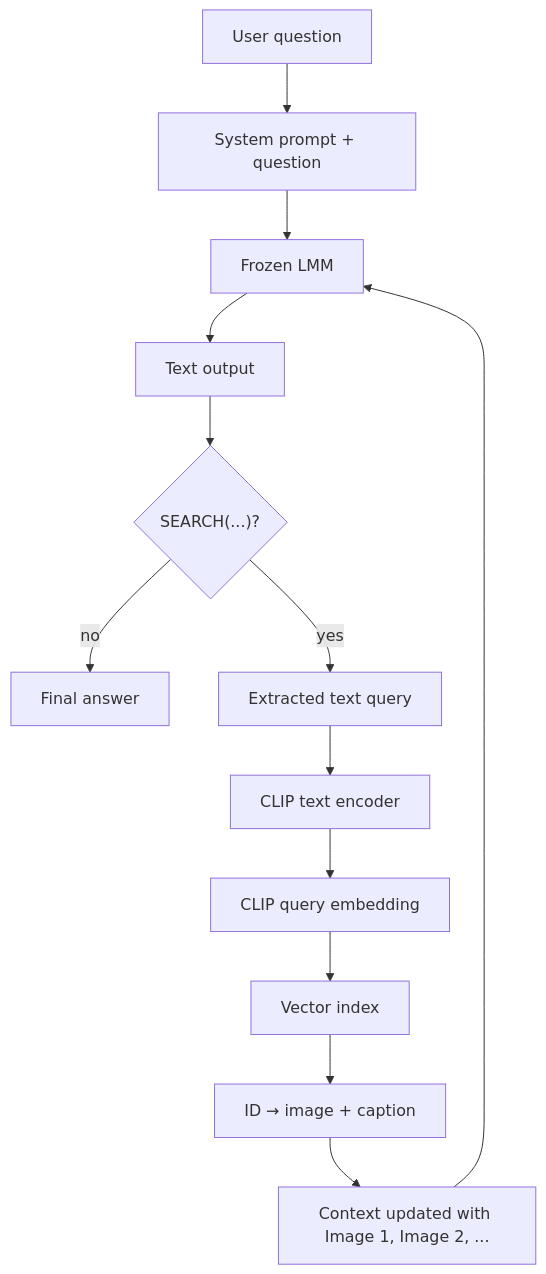
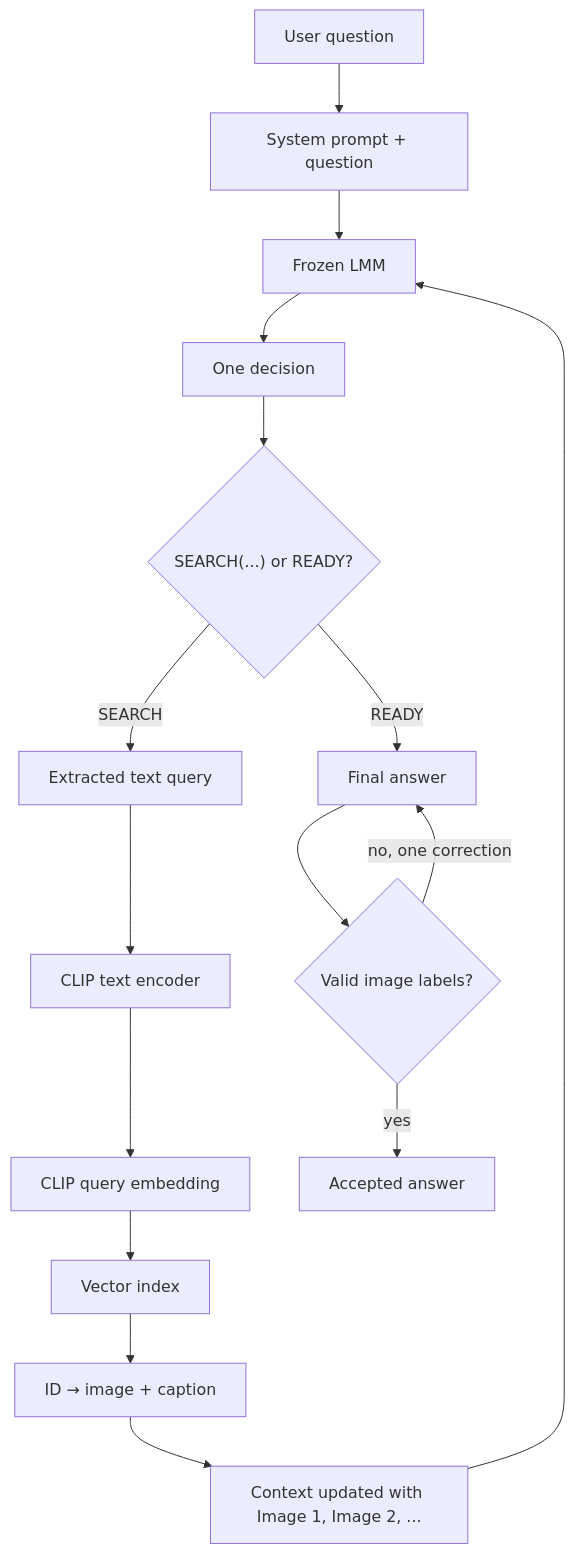
One commit to danielcarpitella/agentic-mm-rag changed the second of 2 diagrams in docs/ARCHITECTURE.md. Above: the diagram before and after it, drawn with Mermaid. The commit also changed other lines of this file and 5 other files, not shown here.

````diff
--- a/docs/ARCHITECTURE.md
+++ b/docs/ARCHITECTURE.md
@@ -157,19 +161,22 @@
 ```mermaid
 flowchart TD
     Question["User question"]
     Context["System prompt + question"]
     LMM["Frozen LMM"]
-    Output["Text output"]
-    Search{"SEARCH(...)?"}
+    Decision["One decision"]
+    Search{"SEARCH(...) or READY?"}
     Final["Final answer"]
+    Validate{"Valid image labels?"}
     Query["Extracted text query"]
     ClipText["CLIP text encoder"]
     QueryEmbedding["CLIP query embedding"]
     Faiss["Vector index"]
     Hits["ID → image + caption"]
     NewContext["Context updated with Image 1, Image 2, ..."]
 
-    Question --> Context --> LMM --> Output --> Search
-    Search -->|no| Final
-    Search -->|yes| Query --> ClipText --> QueryEmbedding --> Faiss --> Hits --> NewContext --> LMM
+    Question --> Context --> LMM --> Decision --> Search
+    Search -->|READY| Final --> Validate
+    Search -->|SEARCH| Query --> ClipText --> QueryEmbedding --> Faiss --> Hits --> NewContext --> LMM
+    Validate -->|yes| Accepted["Accepted answer"]
+    Validate -->|"no, one correction"| Final
 ```
````
